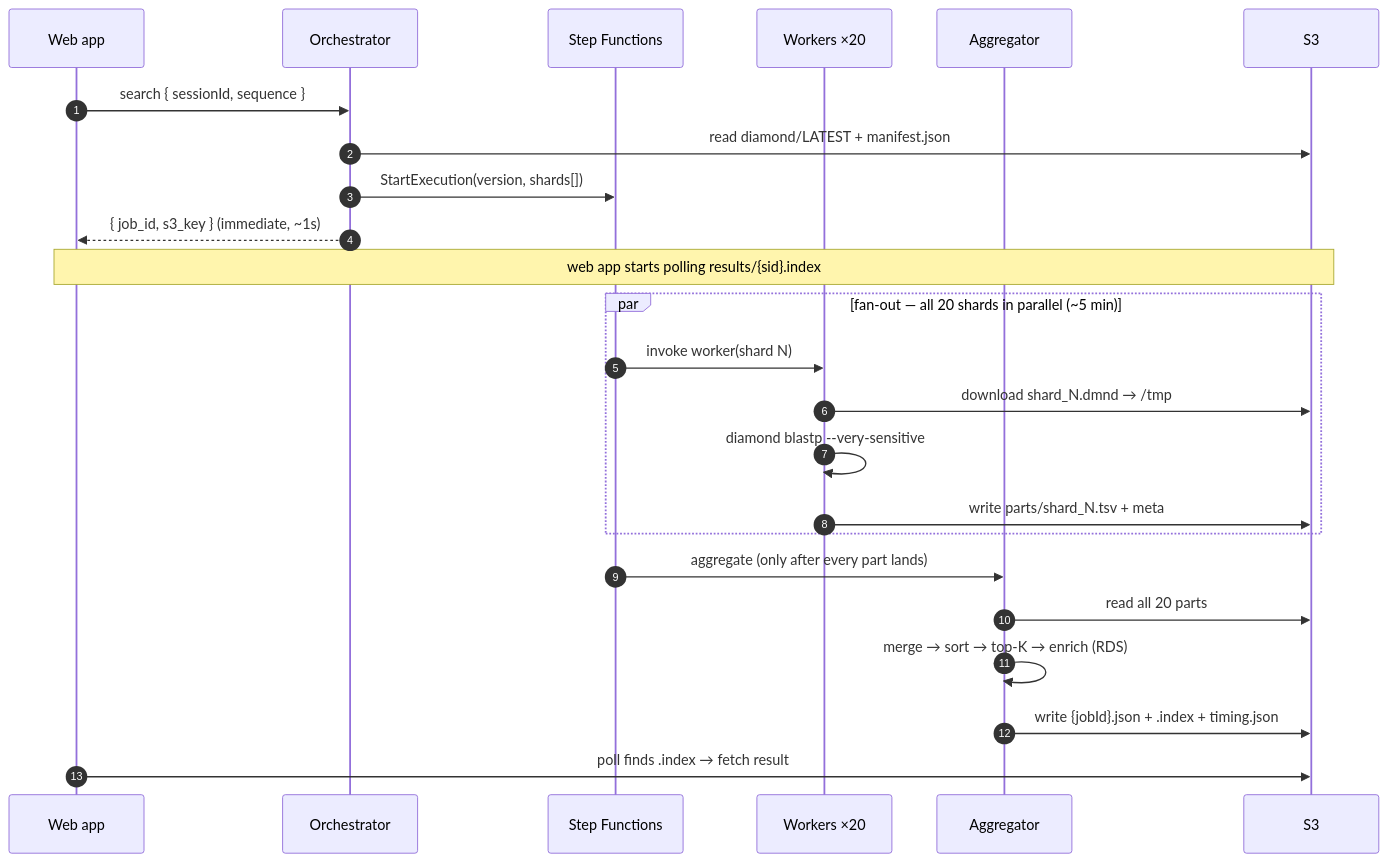
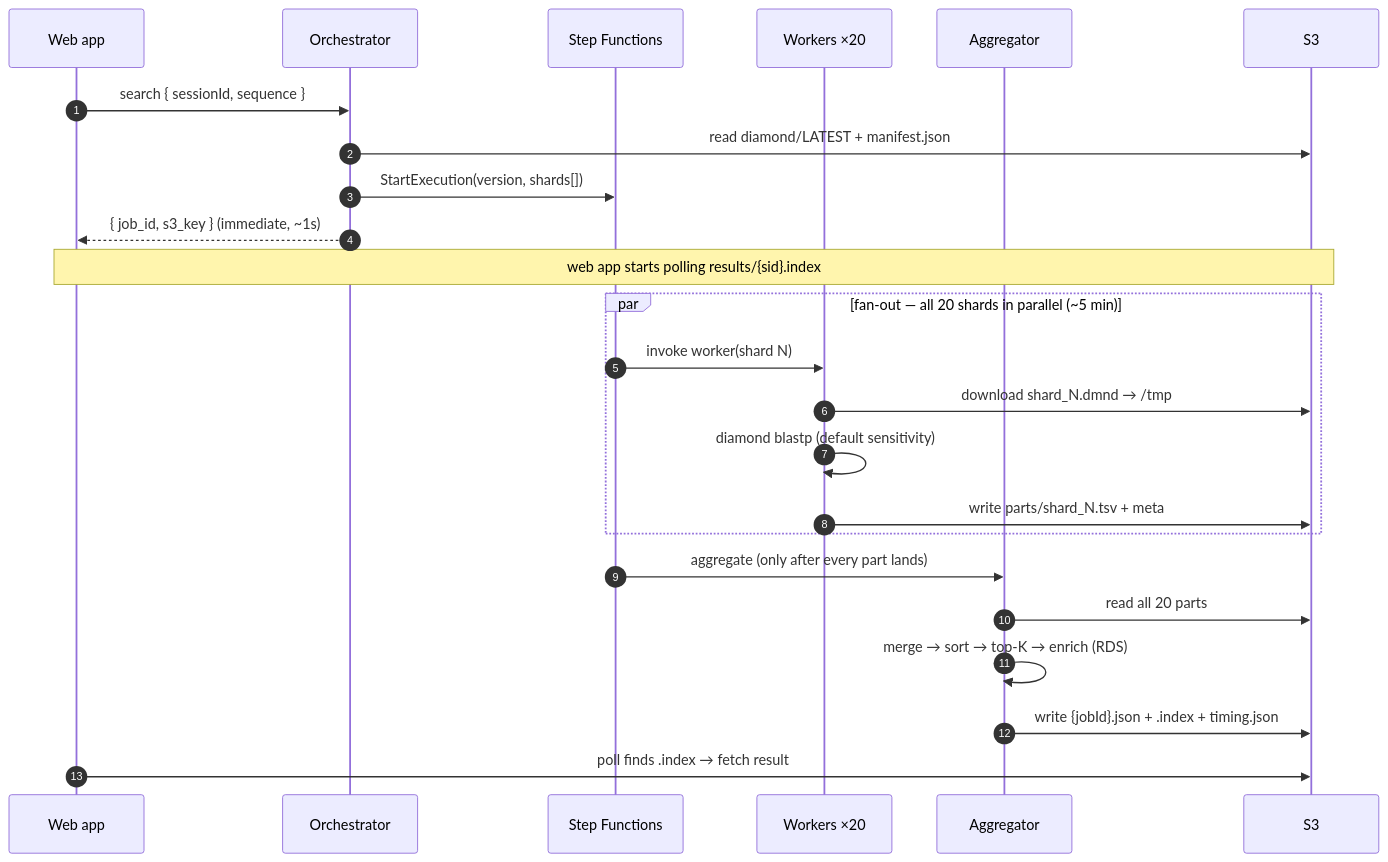
The diagram in README.md (petadex/petadex-sequence-search), drawn with Mermaid before and after one commit. The commit also changed other lines of this file and 2 other files, not shown here.

````diff
--- a/README.md
+++ b/README.md
@@ -100,29 +60,29 @@
 ```mermaid
 sequenceDiagram
     autonumber
     participant WA as Web app
     participant O as Orchestrator
     participant SF as Step Functions
     participant W as Workers ×20
     participant AG as Aggregator
     participant S3 as S3
 
     WA->>O: search { sessionId, sequence }
     O->>S3: read diamond/LATEST + manifest.json
     O->>SF: StartExecution(version, shards[])
     O-->>WA: { job_id, s3_key }  (immediate, ~1s)
     Note over WA,S3: web app starts polling results/{sid}.index
 
     par fan-out — all 20 shards in parallel (~5 min)
         SF->>W: invoke worker(shard N)
         W->>S3: download shard_N.dmnd → /tmp
-        W->>W: diamond blastp --very-sensitive
+        W->>W: diamond blastp (default sensitivity)
         W->>S3: write parts/shard_N.tsv + meta
     end
 
     SF->>AG: aggregate (only after every part lands)
     AG->>S3: read all 20 parts
     AG->>AG: merge → sort → top-K → enrich (RDS)
     AG->>S3: write {jobId}.json + .index + timing.json
     WA->>S3: poll finds .index → fetch result
 ```
````
